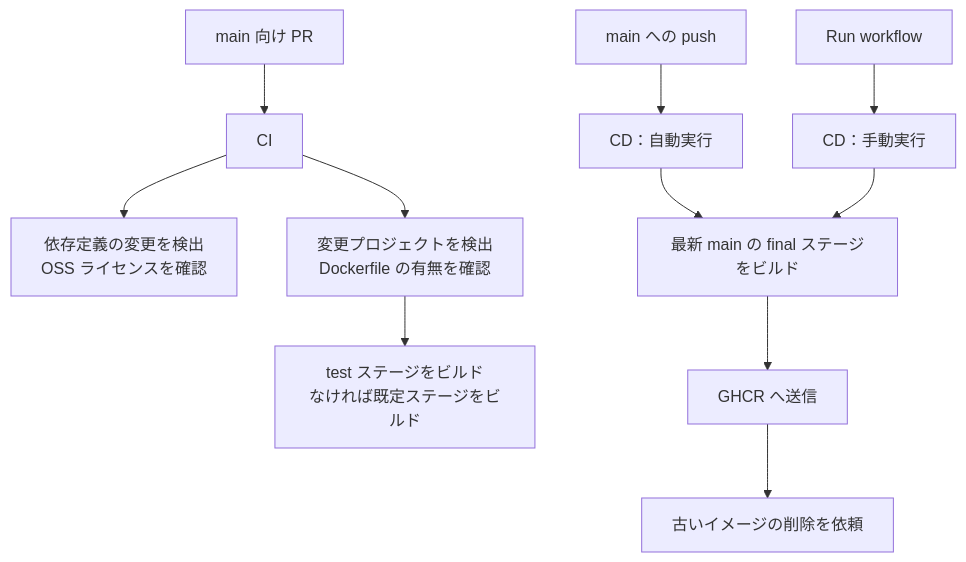
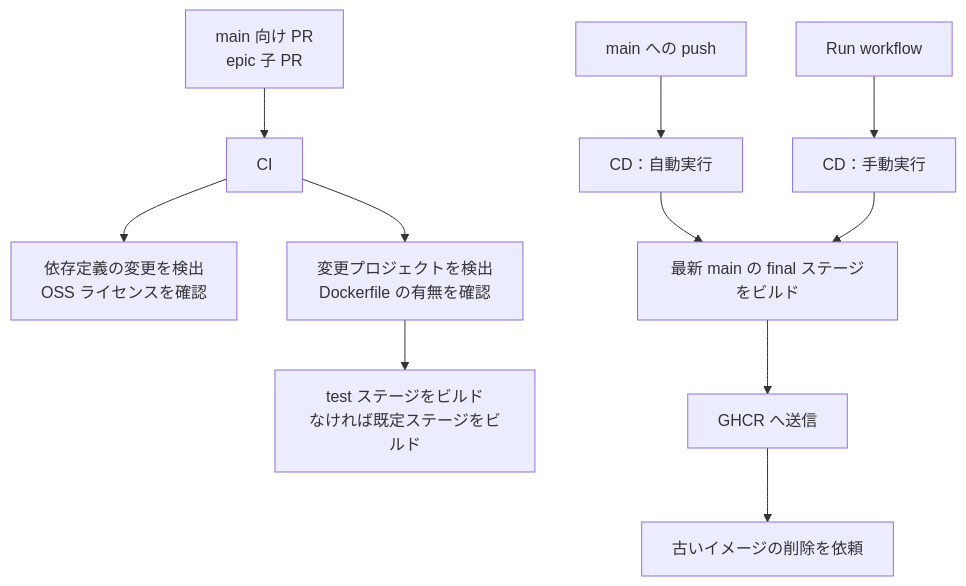
One commit to u7chan/monorepo changed the diagram in docs/about-cicd.md. Above: the diagram before and after it, drawn with Mermaid. The commit also changed other lines of this file and 3 other files, not shown here.

````diff
--- a/docs/about-cicd.md
+++ b/docs/about-cicd.md
@@ -20,14 +20,14 @@
 ```mermaid
 flowchart TB
-  PR["main 向け PR"] --> CI["CI"]
+  PR["main 向け PR<br/>epic 子 PR"] --> CI["CI"]
   CI --> LICENSE["依存定義の変更を検出<br/>OSS ライセンスを確認"]
   CI --> CI_PROJECTS["変更プロジェクトを検出<br/>Dockerfile の有無を確認"]
   CI_PROJECTS --> CI_BUILD["test ステージをビルド<br/>なければ既定ステージをビルド"]
 
   PUSH["main への push"] --> AUTO["CD：自動実行"]
   MANUAL["Run workflow"] --> MANUAL_CD["CD：手動実行"]
   AUTO --> FINAL["最新 main の final ステージをビルド"]
   MANUAL_CD --> FINAL
   FINAL --> GHCR["GHCR へ送信"]
   GHCR --> CLEANUP["古いイメージの削除を依頼"]
 ```
````
